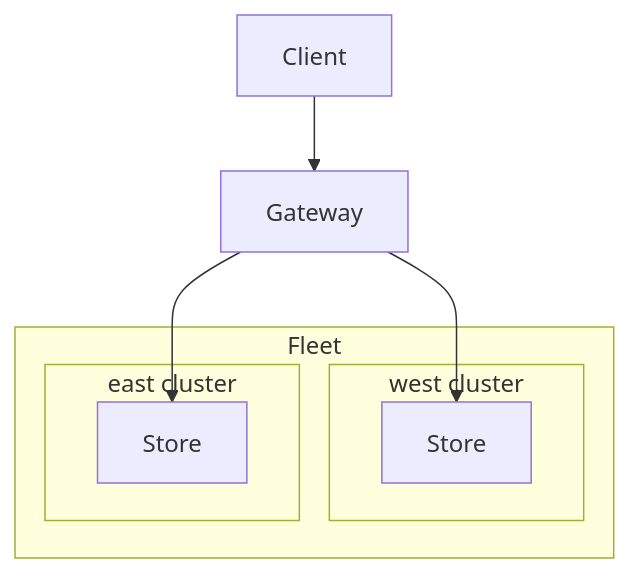
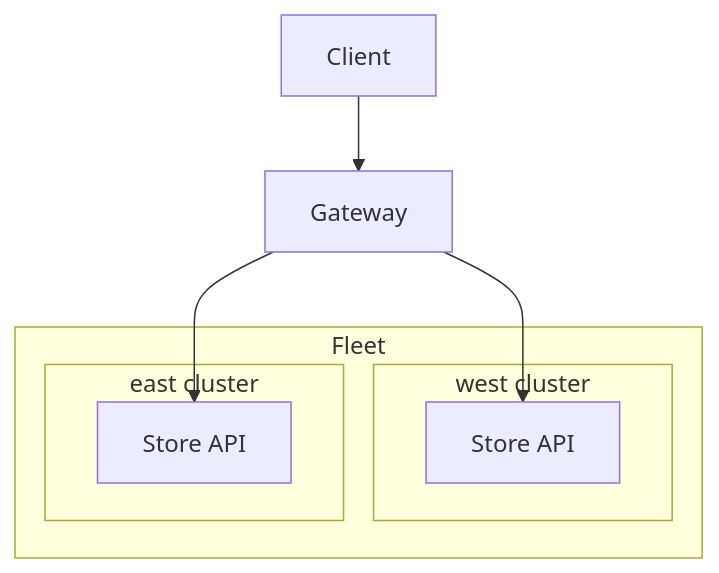
Before and after one commit to danny-yamamoto/terraform-multi-cluster-gateways: the diagram in articles/9e9128fd3b867d.md, drawn with Mermaid. The commit also changed other lines of this file, not shown here.

````diff
--- a/articles/9e9128fd3b867d.md
+++ b/articles/9e9128fd3b867d.md
@@ -43,16 +43,16 @@
 ```mermaid
 graph TD;
     client[Client]
     gateway[Gateway]
     subgraph fleet [Fleet]
         subgraph one [west cluster]
-        store1[Store]
+        store1[Store API]
         end
         subgraph two [east cluster]
-        store2[Store]
+        store2[Store API]
         end
     end
     client-->gateway;
     gateway-->store1
     gateway-->store2
 ```
````
